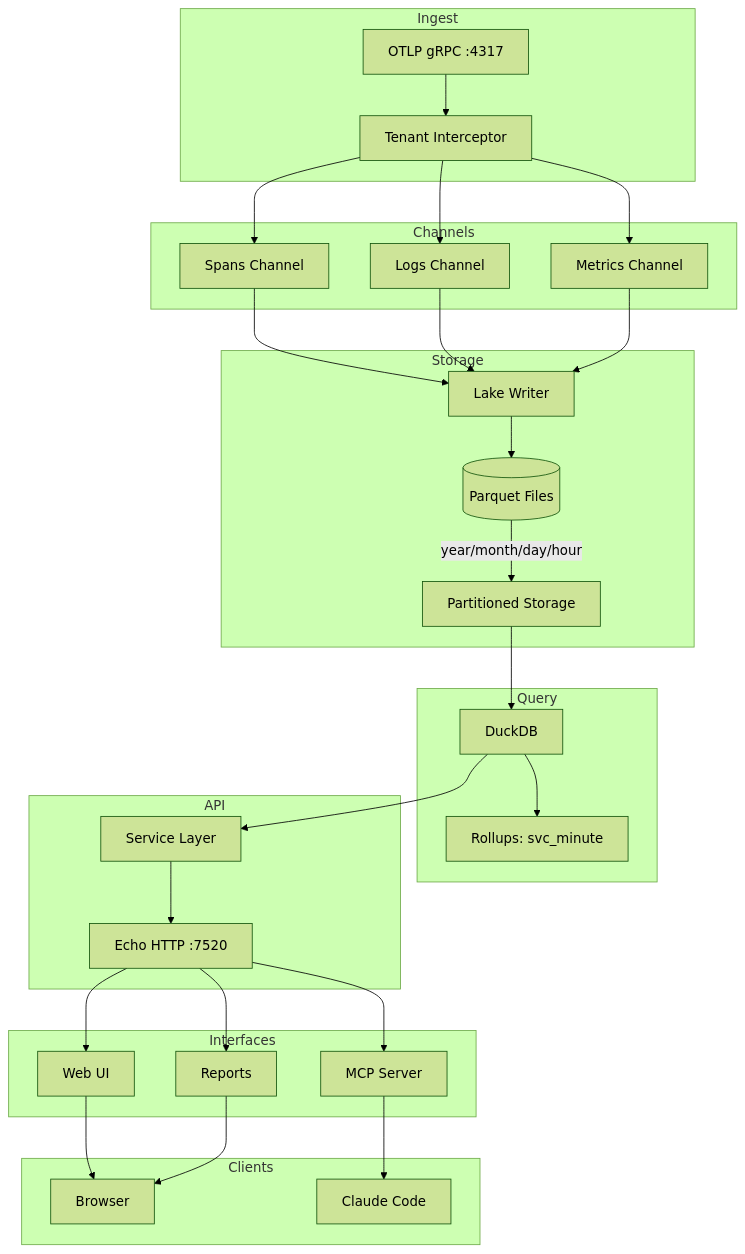
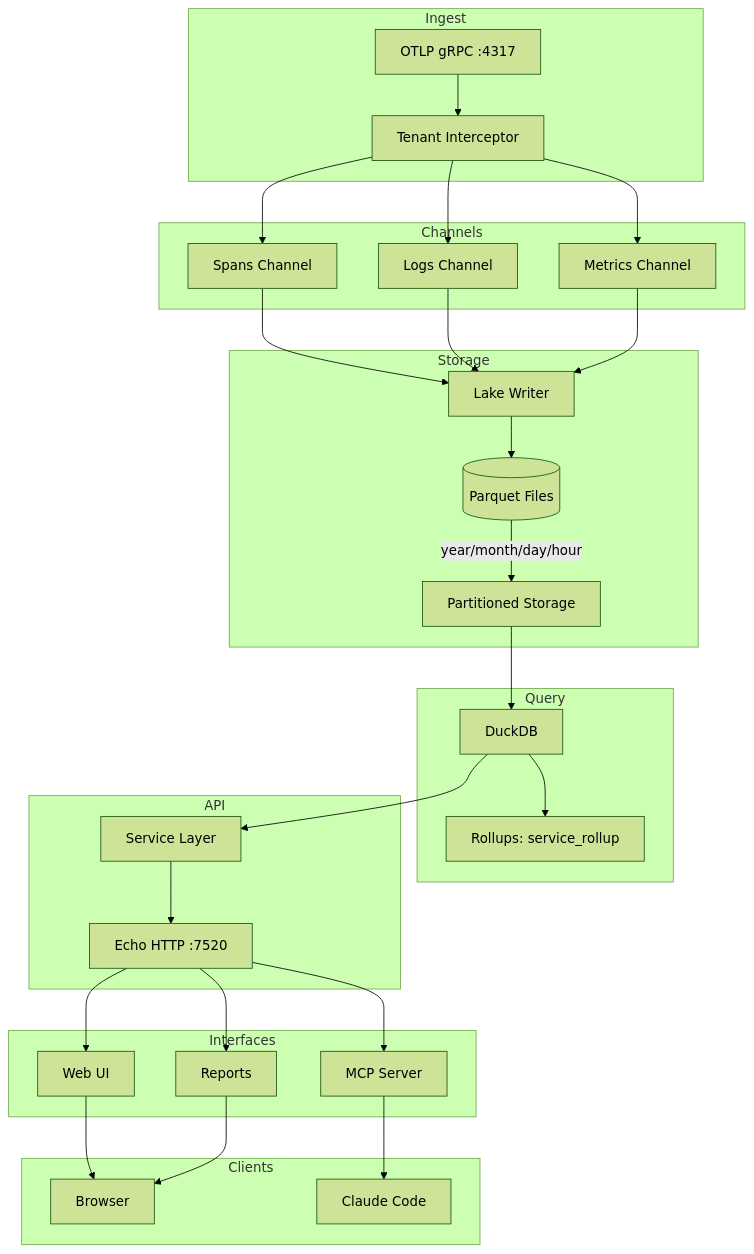
The first of 6 diagrams in CLAUDE.md (labstack/fanout), drawn with Mermaid (forest theme) before and after one commit. The commit also changed other lines of this file and 50 other files, not shown here.

````diff
--- a/CLAUDE.md
+++ b/CLAUDE.md
@@ -11,50 +11,50 @@
 ```mermaid
 graph TB
     subgraph Ingest
         OTLP[OTLP gRPC :4317]
         TI[Tenant Interceptor]
         OTLP --> TI
     end
 
     subgraph Channels
         CS[Spans Channel]
         CL[Logs Channel]
         CM[Metrics Channel]
         TI --> CS & CL & CM
     end
 
     subgraph Storage
         LW[Lake Writer]
         CS & CL & CM --> LW
         LW --> PQ[(Parquet Files)]
         PQ --> |year/month/day/hour| PART[Partitioned Storage]
     end
 
     subgraph Query
         DUCK[DuckDB]
         PART --> DUCK
-        DUCK --> ROLL[Rollups: svc_minute]
+        DUCK --> ROLL[Rollups: service_rollup]
     end
 
     subgraph API
         ECHO[Echo HTTP :7520]
         SVC[Service Layer]
         DUCK --> SVC
         SVC --> ECHO
     end
 
     subgraph Interfaces
         UI[Web UI]
         MCP[MCP Server]
         REPORTS[Reports]
         ECHO --> UI & MCP & REPORTS
     end
 
     subgraph Clients
         BROWSER[Browser]
         CLAUDE[Claude Code]
         UI --> BROWSER
         MCP --> CLAUDE
         REPORTS --> BROWSER
     end
 ```
````
